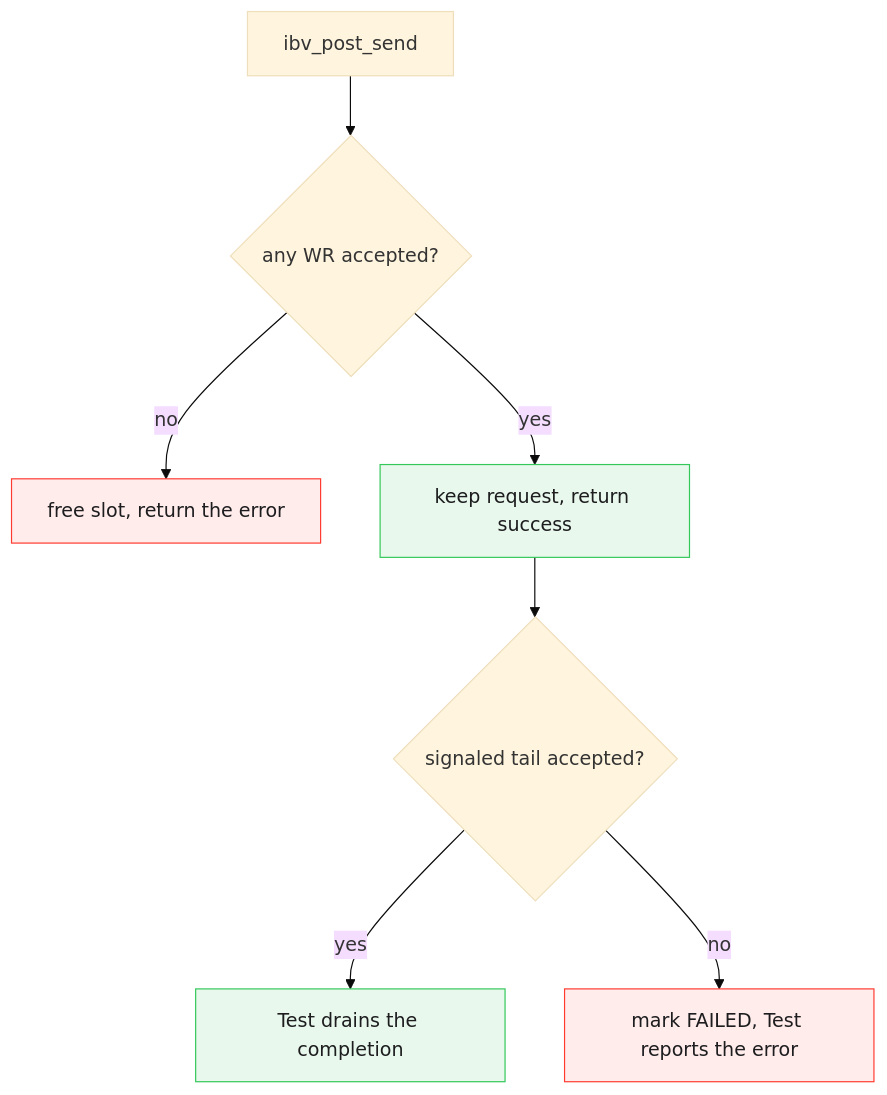
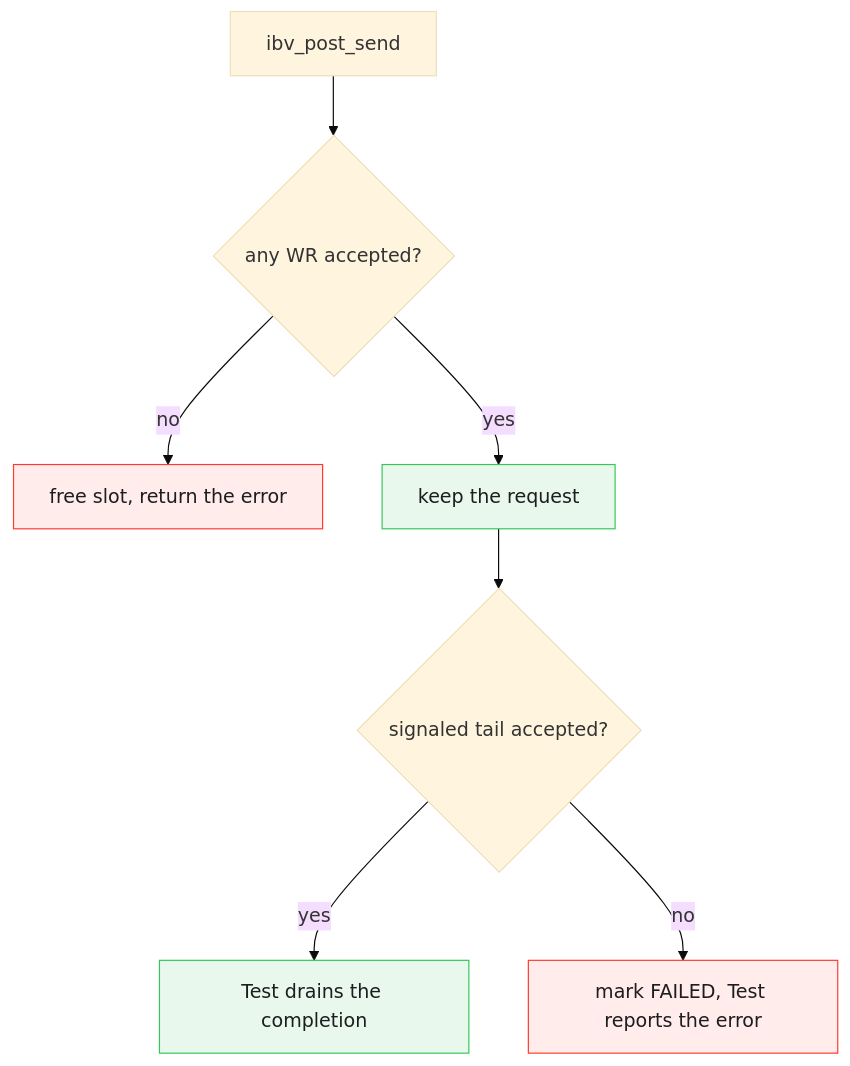
The fifth of 6 diagrams in projects/rccl/docs/design/multi_segment_gin_rma.md (ROCm/rocm-systems), drawn with Mermaid (base theme) before and after one commit. The commit also changed other lines of this file and 16 other files, not shown here.

````diff
--- a/projects/rccl/docs/design/multi_segment_gin_rma.md
+++ b/projects/rccl/docs/design/multi_segment_gin_rma.md
@@ -192,14 +178,14 @@
 ```mermaid
 %% caption: Prefix post: which requests are kept, failed, or freed
 flowchart TD
  p["ibv_post_send"] --> q{"any WR accepted?"}
  q -->|no| f["free slot, return the error"]
- q -->|yes| k["keep request, return success"]
+ q -->|yes| k["keep the request"]
  k --> tail{"signaled tail accepted?"}
  tail -->|yes| t["Test drains the completion"]
  tail -->|no| fl["mark FAILED, Test reports the error"]
  classDef okpath fill:#e8f8ec,stroke:#34c759,color:#1d1d1f
  classDef failpath fill:#ffeceb,stroke:#ff3b30,color:#1d1d1f
  class k,t okpath
  class f,fl failpath
 ```
````
